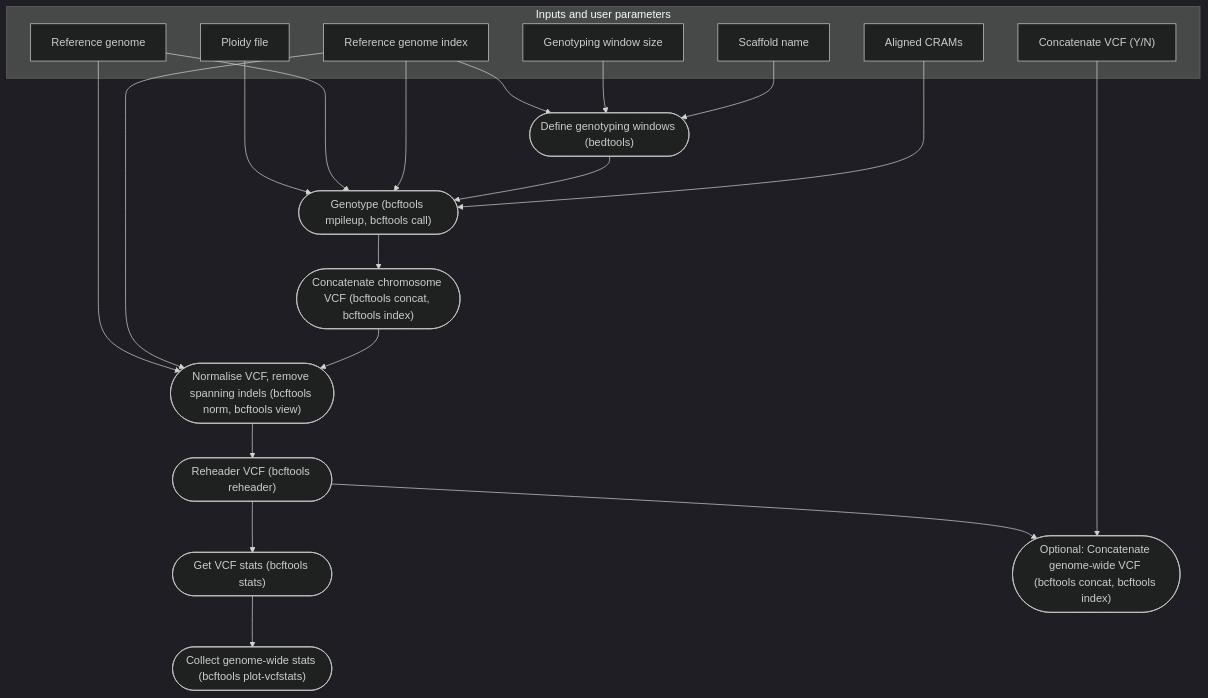
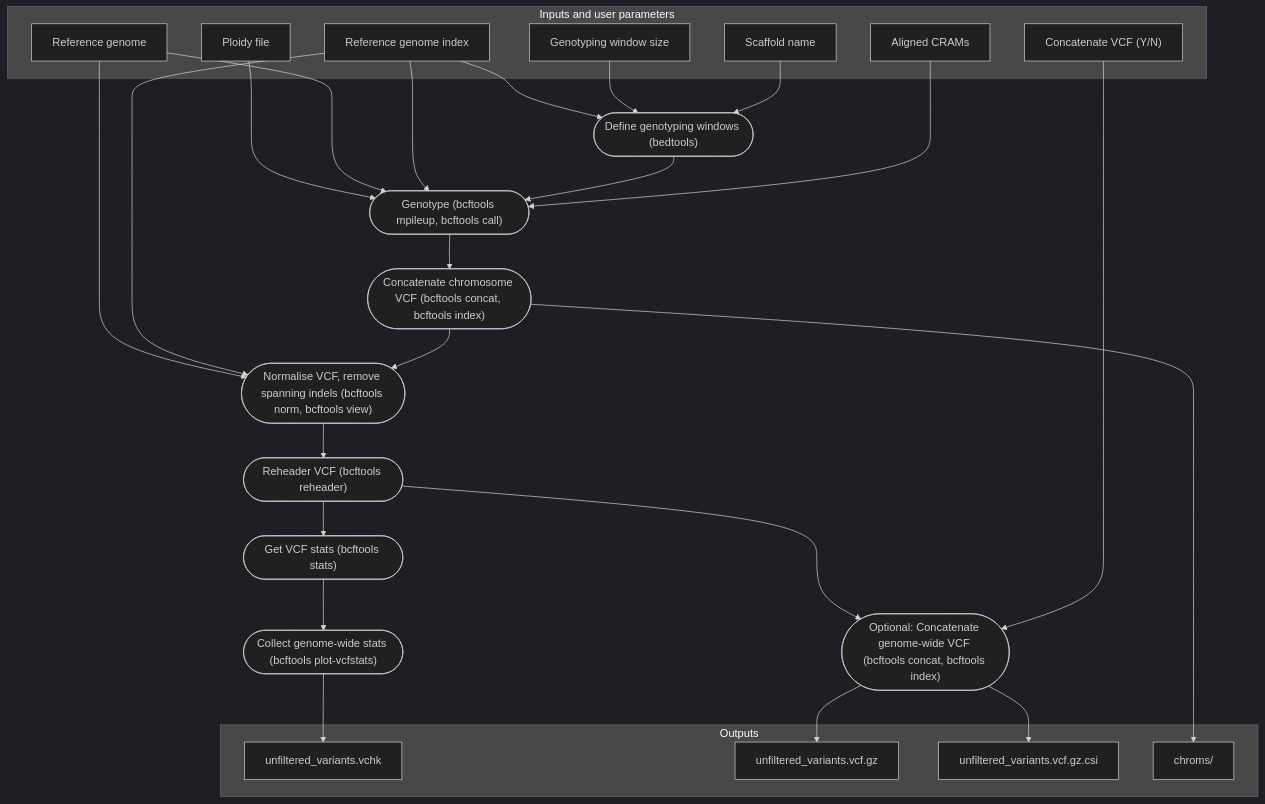
The third of 5 diagrams in README.md (EcoEvoGenomics/genotyping_pipeline), drawn with Mermaid (dark theme) before and after one commit. The commit also changed other lines of this file, not shown here.

Commit message:
README.md: Add outputs to all mermaid flowcharts

````diff
--- a/README.md
+++ b/README.md
@@ -112,37 +131,48 @@
 ```mermaid
 flowchart TB
    subgraph "Inputs and user parameters"
    v6["Genotyping window size"]
    v22["Concatenate VCF (Y/N)"]
    v2["Reference genome"]
    v11["Aligned CRAMs"]
    v4["Reference genome index"]
    v7["Scaffold name"]
    v0["Ploidy file"]
    end
    v8(["Define genotyping windows (bedtools)"])
    v13(["Genotype (bcftools mpileup, bcftools call)"])
    v14(["Concatenate chromosome VCF (bcftools concat, bcftools index)"])
    v16(["Normalise VCF, remove spanning indels (bcftools norm, bcftools view)"])
    v17(["Reheader VCF (bcftools reheader)"])
    v19(["Get VCF stats (bcftools stats)"])
    v21(["Collect genome-wide stats (bcftools plot-vcfstats)"])
    v23(["Optional: Concatenate genome-wide VCF (bcftools concat, bcftools index)"])
    v4 --> v8
    v6 --> v8
    v7 --> v8
    v0 --> v13
    v2 --> v13
    v4 --> v13
    v8 --> v13
    v11 --> v13
    v13 --> v14
    v2 --> v16
    v4 --> v16
    v14 --> v16
    v16 --> v17
    v17 --> v19
    v19 --> v21
    v17 --> v23
    v22 --> v23
+
+   v21 --> v26
+   v23 --> v24
+   v23 --> v25
+   v14 --> v27
+   subgraph "Outputs"
+   v24["unfiltered_variants.vcf.gz"]
+   v25["unfiltered_variants.vcf.gz.csi"]
+   v26["unfiltered_variants.vchk"]
+   v27["chroms/"]
+   end
 ```
````
